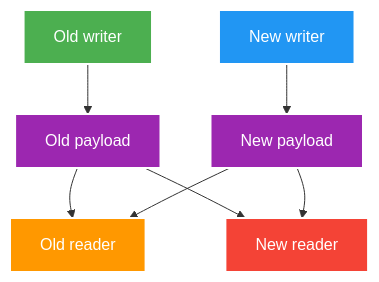
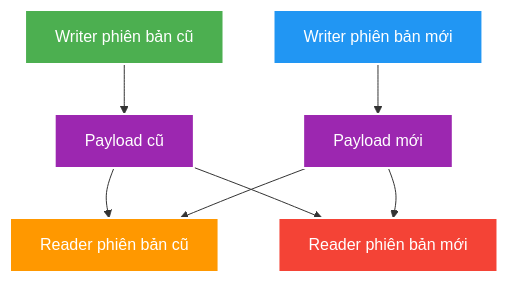
Before and after one commit to HungPhan200591/live-stream-backend: the diagram in docs/learning/topics/java/theory/deep-dives/time-money-and-serialization-compatibility.md, drawn with Mermaid. The commit also changed other lines of this file and 177 other files, not shown here.

````diff
--- a/docs/learning/topics/java/theory/deep-dives/time-money-and-serialization-compatibility.md
+++ b/docs/learning/topics/java/theory/deep-dives/time-money-and-serialization-compatibility.md
@@ -28,15 +28,15 @@
 ```mermaid
 flowchart TB
-    W1["Old writer"] --> P1["Old payload"]
-    W2["New writer"] --> P2["New payload"]
-    P1 --> R1["Old reader"]
-    P1 --> R2["New reader"]
+    W1["Writer phiên bản cũ"] --> P1["Payload cũ"]
+    W2["Writer phiên bản mới"] --> P2["Payload mới"]
+    P1 --> R1["Reader phiên bản cũ"]
+    P1 --> R2["Reader phiên bản mới"]
     P2 --> R1
     P2 --> R2
     style W1 fill:#4CAF50,stroke:#fff,stroke-width:2px,color:#fff
     style W2 fill:#2196F3,stroke:#fff,stroke-width:2px,color:#fff
     style P1 fill:#9C27B0,stroke:#fff,stroke-width:2px,color:#fff
     style P2 fill:#9C27B0,stroke:#fff,stroke-width:2px,color:#fff
     style R1 fill:#FF9800,stroke:#fff,stroke-width:2px,color:#fff
     style R2 fill:#F44336,stroke:#fff,stroke-width:2px,color:#fff
 ```
````
